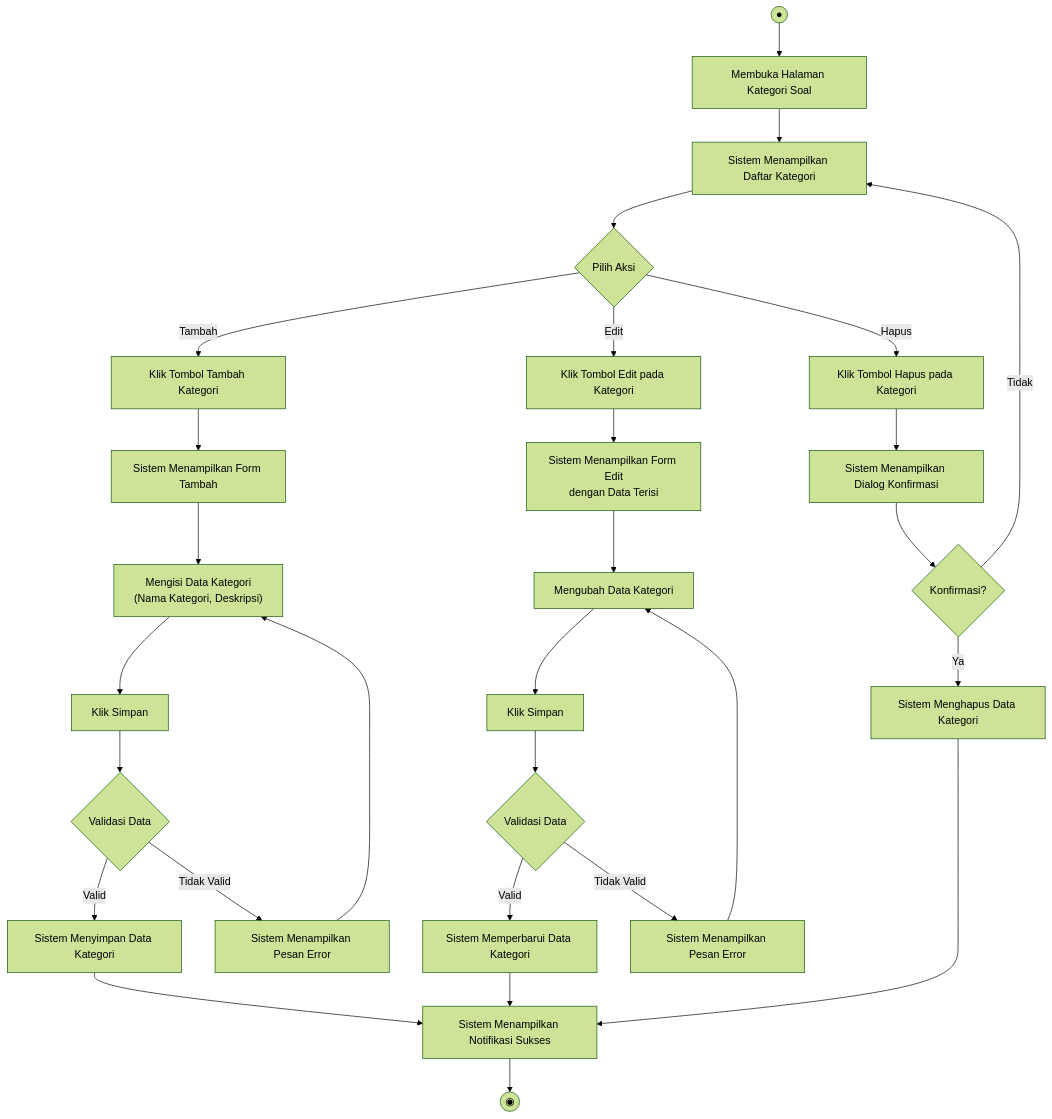
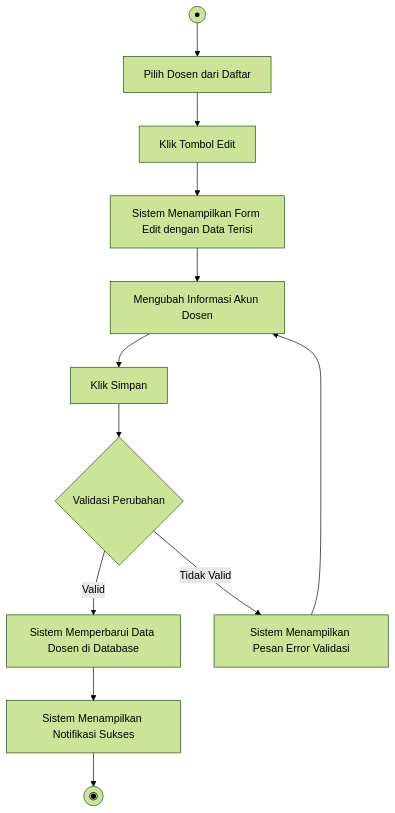
The ninth of 32 diagrams in activity_diagrams.md (alexiusprst-tech/dashboard_verif), drawn with Mermaid (forest theme) before and after one commit. The commit also changed other lines of this file and 6 other files, not shown here.

````diff
--- a/activity_diagrams.md
+++ b/activity_diagrams.md
@@ -299,35 +180,14 @@
 ```mermaid
 flowchart TD
-    A(("●")) --> B["Membuka Halaman Kategori Soal"]
-    B --> C["Sistem Menampilkan Daftar Kategori"]
-    C --> D{"Pilih Aksi"}
-
-    D -->|Tambah| E["Klik Tombol Tambah Kategori"]
-    E --> F["Sistem Menampilkan Form Tambah"]
-    F --> G["Mengisi Data Kategori\n(Nama Kategori, Deskripsi)"]
-    G --> H["Klik Simpan"]
-    H --> I{"Validasi Data"}
-    I -->|Valid| J["Sistem Menyimpan Data Kategori"]
-    J --> K["Sistem Menampilkan Notifikasi Sukses"]
-    I -->|Tidak Valid| L["Sistem Menampilkan Pesan Error"]
-    L --> G
-
-    D -->|Edit| M["Klik Tombol Edit pada Kategori"]
-    M --> N["Sistem Menampilkan Form Edit\ndengan Data Terisi"]
-    N --> O["Mengubah Data Kategori"]
-    O --> P["Klik Simpan"]
-    P --> Q{"Validasi Data"}
-    Q -->|Valid| R["Sistem Memperbarui Data Kategori"]
-    R --> K
-    Q -->|Tidak Valid| S["Sistem Menampilkan Pesan Error"]
-    S --> O
-
-    D -->|Hapus| T["Klik Tombol Hapus pada Kategori"]
-    T --> U["Sistem Menampilkan Dialog Konfirmasi"]
-    U --> V{"Konfirmasi?"}
-    V -->|Ya| W["Sistem Menghapus Data Kategori"]
-    W --> K
-    V -->|Tidak| C
-
-    K --> Z(("◉"))
+    Start(("●")) --> SelectDosen["Pilih Dosen dari Daftar"]
+    SelectDosen --> ClickEdit["Klik Tombol Edit"]
+    ClickEdit --> ShowForm["Sistem Menampilkan Form Edit dengan Data Terisi"]
+    ShowForm --> UpdateData["Mengubah Informasi Akun Dosen"]
+    UpdateData --> ClickSave["Klik Simpan"]
+    ClickSave --> Validate{"Validasi Perubahan"}
+    Validate -->|Valid| UpdateDB["Sistem Memperbarui Data Dosen di Database"]
+    UpdateDB --> ShowSuccess["Sistem Menampilkan Notifikasi Sukses"]
+    Validate -->|Tidak Valid| ShowError["Sistem Menampilkan Pesan Error Validasi"]
+    ShowError --> UpdateData
+    ShowSuccess --> End(("◉"))
 ```
````
